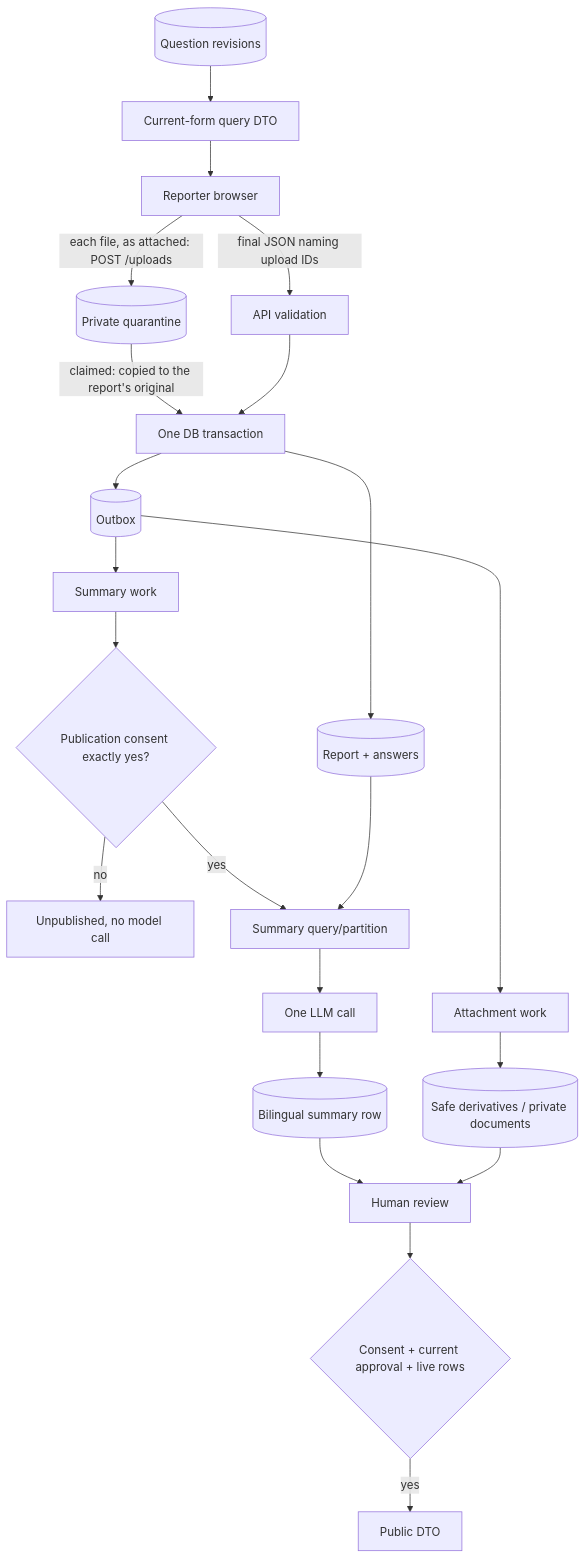
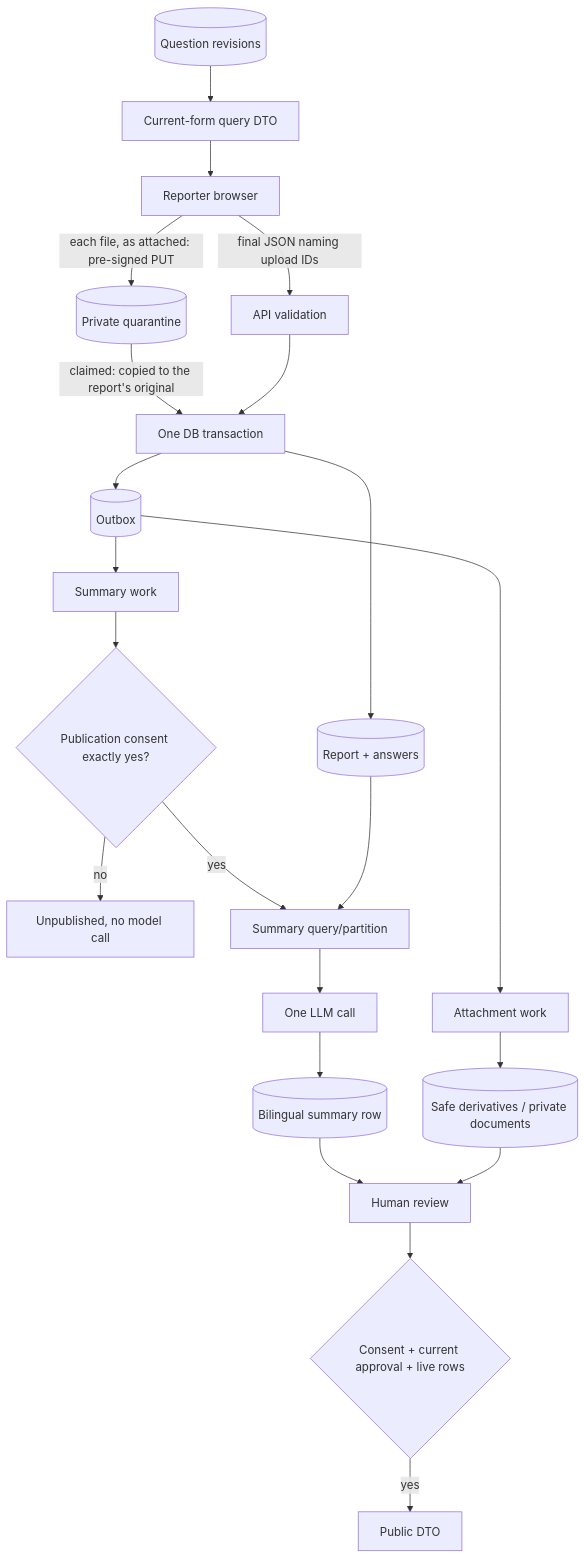
Before and after one commit to HPAC-Safety/safety-report: the diagram in docs/interfaces-and-data-flow.md, drawn with Mermaid. The commit also changed other lines of this file and 2 other files, not shown here.

First line of the commit message:
Show attachments going straight to storage by pre-signed PUT in the system overview (#543)

````diff
--- a/docs/interfaces-and-data-flow.md
+++ b/docs/interfaces-and-data-flow.md
@@ -114,24 +116,24 @@
 ```mermaid
 flowchart TD
     qdb[(Question revisions)] --> fq[Current-form query DTO]
     fq --> browser[Reporter browser]
-    browser -->|each file, as attached: POST /uploads| quarantine[(Private quarantine)]
+    browser -->|each file, as attached: pre-signed PUT| quarantine[(Private quarantine)]
     browser -->|final JSON naming upload IDs| validate[API validation]
     quarantine -->|claimed: copied to the report's original| tx
     validate --> tx[One DB transaction]
     tx --> reports[(Report + answers)]
     tx --> outbox[(Outbox)]
     outbox --> media[Attachment work]
     outbox --> summary[Summary work]
     media --> derivative[(Safe derivatives / private documents)]
     summary --> consent{Publication consent exactly yes?}
     consent -->|no| unpublished[Unpublished, no model call]
     consent -->|yes| partition
     reports --> partition[Summary query/partition]
     partition --> model[One LLM call]
     model --> pair[(Bilingual summary row)]
     pair --> review[Human review]
     derivative --> review
     review --> gate{Consent + current approval + live rows}
     gate -->|yes| public[Public DTO]
 ```
````
